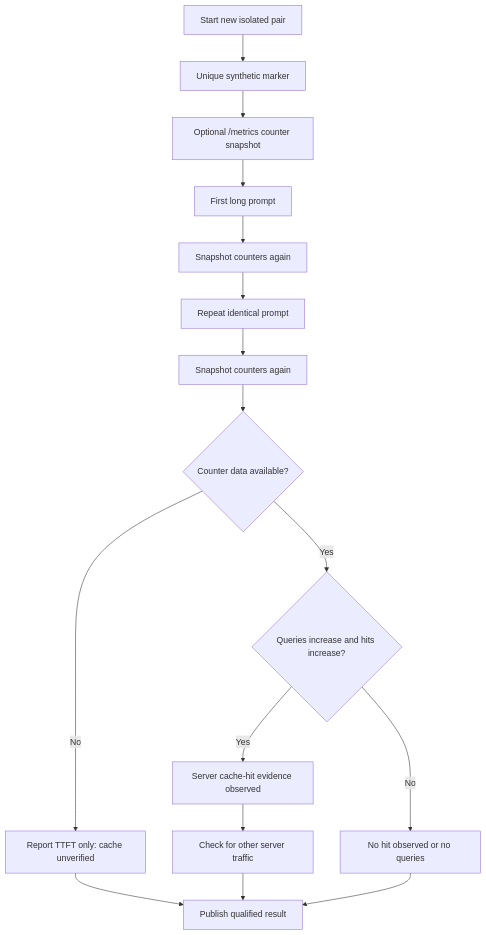
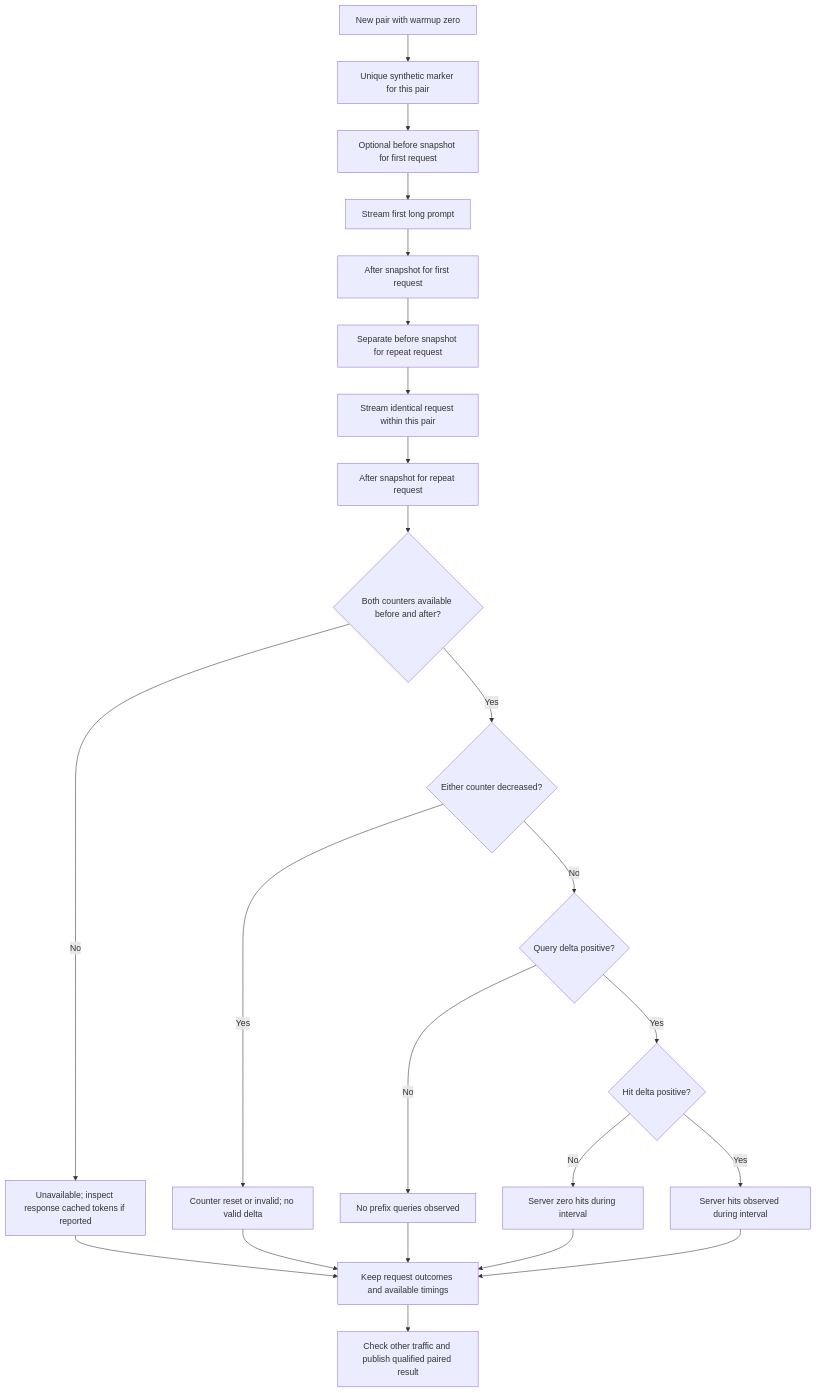
Before and after one commit to kagaho/jetson-thor-llm-bench: the diagram in docs/diagrams/08-prefix-cache-evidence.md, drawn with Mermaid. The commit also changed other lines of this file and 19 other files, not shown here.

````diff
--- a/docs/diagrams/08-prefix-cache-evidence.md
+++ b/docs/diagrams/08-prefix-cache-evidence.md
@@ -3,18 +3,25 @@
 ```mermaid
 flowchart TD
-    A[Start new isolated pair] --> B[Unique synthetic marker]
-    B --> C[Optional /metrics counter snapshot]
-    C --> D[First long prompt]
-    D --> E[Snapshot counters again]
-    E --> F[Repeat identical prompt]
-    F --> G[Snapshot counters again]
-    G --> H{Counter data available?}
-    H -->|No| I[Report TTFT only: cache unverified]
-    H -->|Yes| J{Queries increase and hits increase?}
-    J -->|Yes| K[Server cache-hit evidence observed]
-    J -->|No| L[No hit observed or no queries]
-    K --> M[Check for other server traffic]
-    M --> N[Publish qualified result]
-    I --> N
-    L --> N
+    A[New pair with warmup zero] --> B[Unique synthetic marker for this pair]
+    B --> C[Optional before snapshot for first request]
+    C --> D[Stream first long prompt]
+    D --> E[After snapshot for first request]
+    E --> F[Separate before snapshot for repeat request]
+    F --> G[Stream identical request within this pair]
+    G --> H[After snapshot for repeat request]
+    H --> I{Both counters available before and after?}
+    I -->|No| U[Unavailable; inspect response cached tokens if reported]
+    I -->|Yes| R{Either counter decreased?}
+    R -->|Yes| X[Counter reset or invalid; no valid delta]
+    R -->|No| Q{Query delta positive?}
+    Q -->|No| Z[No prefix queries observed]
+    Q -->|Yes| T{Hit delta positive?}
+    T -->|No| V[Server zero hits during interval]
+    T -->|Yes| W[Server hits observed during interval]
+    U --> P[Keep request outcomes and available timings]
+    X --> P
+    Z --> P
+    V --> P
+    W --> P
+    P --> N[Check other traffic and publish qualified paired result]
 ```
````
